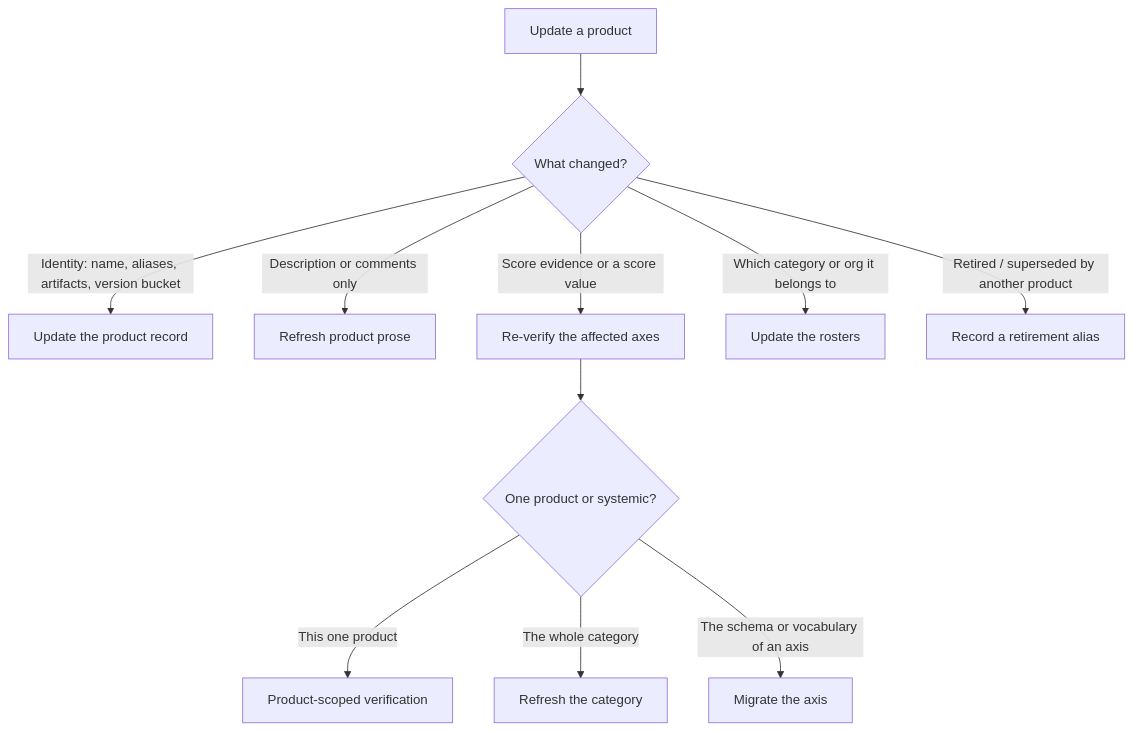
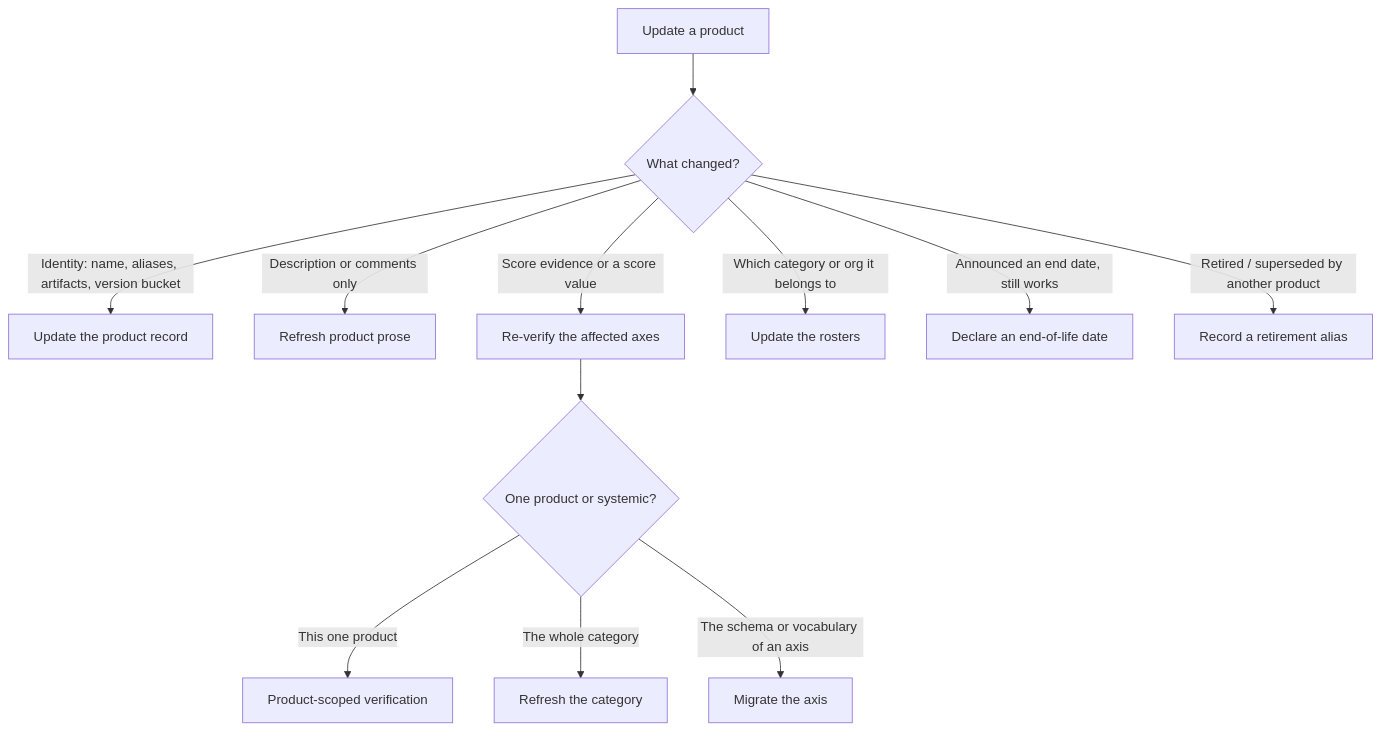
Before and after one commit to currentai-org/os-ai-map: the diagram in docs/workflows/update-product.md, drawn with Mermaid. The commit also changed other lines of this file and 9 other files, not shown here.

First line of the commit message:
Add an end_of_life field, and declare perspective-api ending (#524)

````diff
--- a/docs/workflows/update-product.md
+++ b/docs/workflows/update-product.md
@@ -13,13 +13,14 @@
 ```mermaid
 flowchart TD
     A["Update a product"] --> B{"What changed?"}
     B -->|Identity: name, aliases, artifacts, version bucket| C["Update the product record"]
     B -->|Description or comments only| D["Refresh product prose"]
     B -->|Score evidence or a score value| E["Re-verify the affected axes"]
     B -->|Which category or org it belongs to| F["Update the rosters"]
+    B -->|Announced an end date, still works| S["Declare an end-of-life date"]
     B -->|Retired / superseded by another product| R["Record a retirement alias"]
     E --> G{"One product or systemic?"}
     G -->|This one product| H["Product-scoped verification"]
     G -->|The whole category| I["Refresh the category"]
     G -->|The schema or vocabulary of an axis| J["Migrate the axis"]
 ```
````
